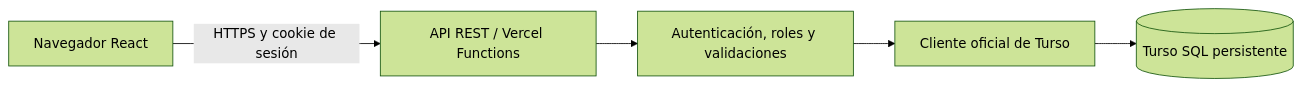
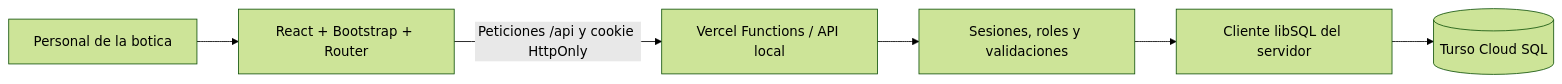
One commit to sevenxfake-cmyk/NovaSalud changed the first of 3 diagrams in docs/SENATI.md. Above: the diagram before and after it, drawn with Mermaid (forest theme). The commit also changed other lines of this file and 40 other files, not shown here.

First line of the commit message:
feat: conectar Turso y preparar despliegue en Vercel

````diff
--- a/docs/SENATI.md
+++ b/docs/SENATI.md
@@ -52,7 +37,8 @@
 ```mermaid
 flowchart LR
-  U[Navegador React] -->|HTTPS y cookie de sesión| A[API REST / Vercel Functions]
-  A --> S[Autenticación, roles y validaciones]
-  S --> T[Cliente oficial de Turso]
-  T --> DB[(Turso SQL persistente)]
+  U[Personal de la botica] --> R[React + Bootstrap + Router]
+  R -->|Peticiones /api y cookie HttpOnly| A[Vercel Functions / API local]
+  A --> S[Sesiones, roles y validaciones]
+  S --> C[Cliente libSQL del servidor]
+  C --> T[(Turso Cloud SQL)]
 ```
````
